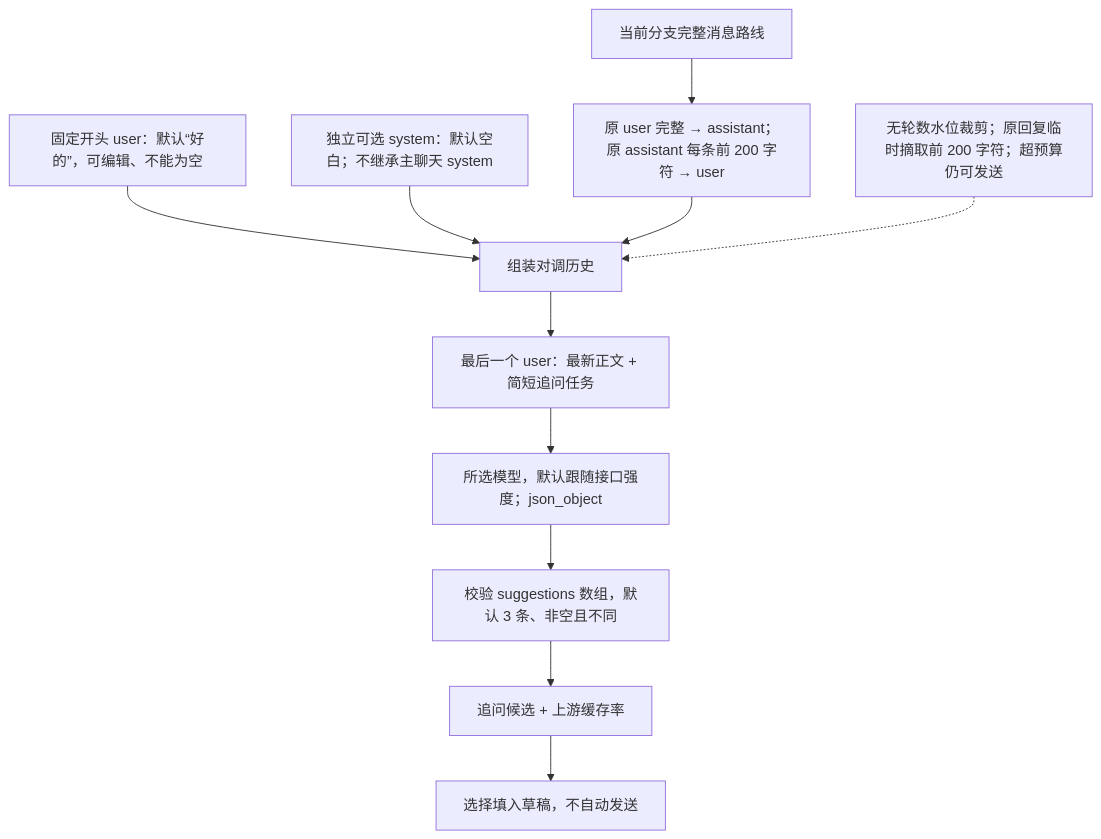
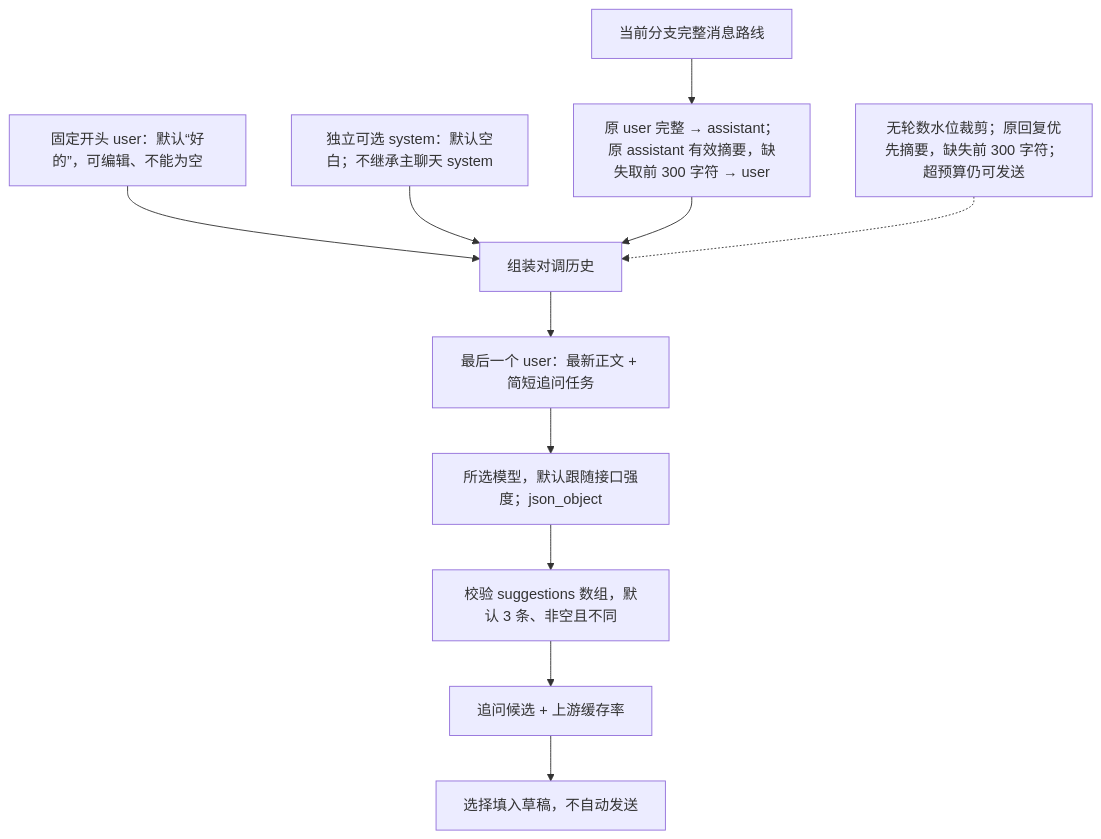
The fifth of 8 diagrams in docs/PLUGINS.md (ccawmiku/workers-chat), drawn with Mermaid before and after one commit. The commit also changed other lines of this file and 32 other files, not shown here.

````diff
--- a/docs/PLUGINS.md
+++ b/docs/PLUGINS.md
@@ -264,13 +264,13 @@
 ```mermaid
 flowchart TD
-    Branch[当前分支完整消息路线] --> Swap[原 user 完整 → assistant；原 assistant 每条前 200 字符 → user]
+    Branch[当前分支完整消息路线] --> Swap[原 user 完整 → assistant；原 assistant 有效摘要，缺失取前 300 字符 → user]
     U0[固定开头 user：默认“好的”，可编辑、不能为空] --> Prefix[组装对调历史]
     System[独立可选 system：默认空白；不继承主聊天 system] --> Prefix
     Swap --> Prefix
     Prefix --> Tail[最后一个 user：最新正文 + 简短追问任务]
     Tail --> Model[所选模型，默认跟随接口强度；json_object]
     Model --> Check[校验 suggestions 数组，默认 3 条、非空且不同]
     Check --> Cards[追问候选 + 上游缓存率]
     Cards --> Draft[选择填入草稿，不自动发送]
-    Water[无轮数水位裁剪；原回复临时摘取前 200 字符；超预算仍可发送] -.-> Prefix
+    Water[无轮数水位裁剪；原回复优先摘要，缺失前 300 字符；超预算仍可发送] -.-> Prefix
 ```
````
